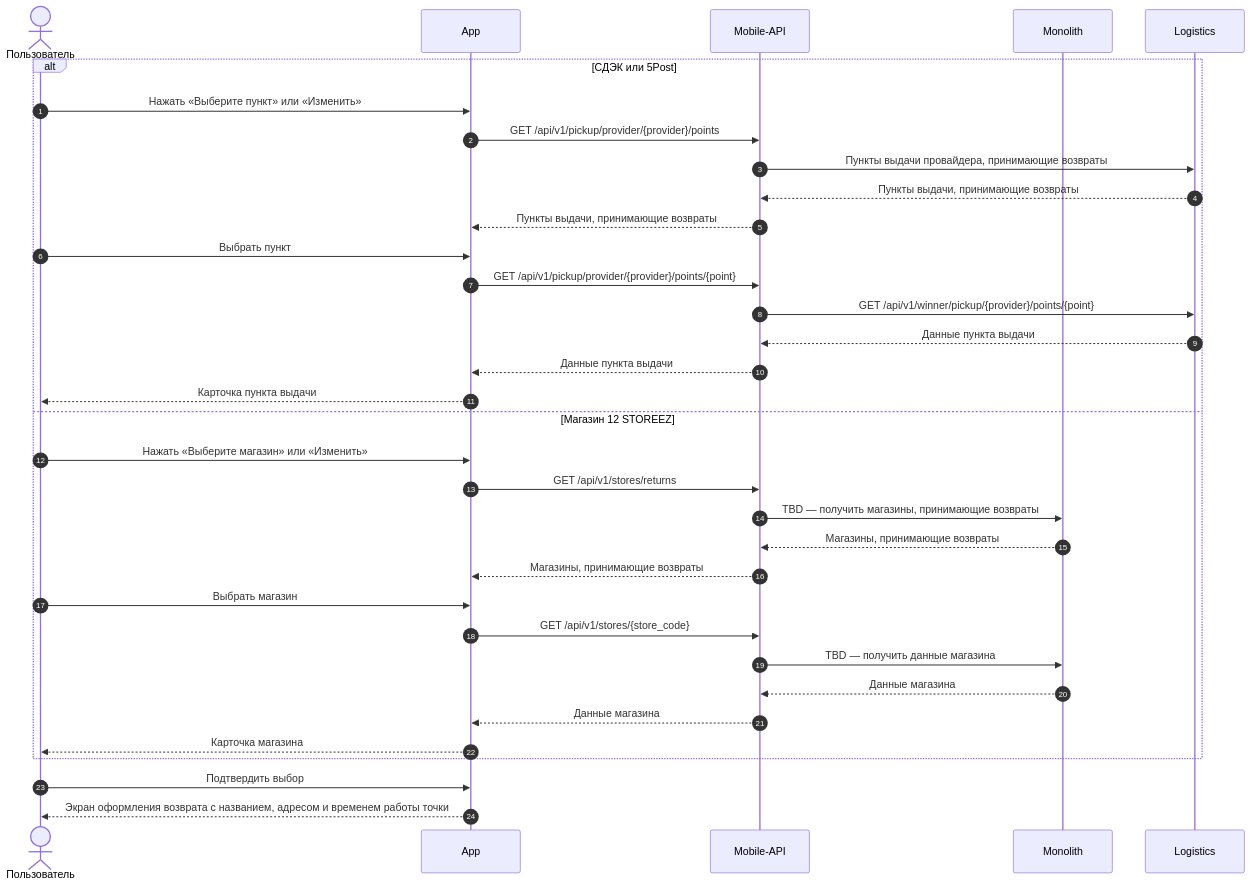
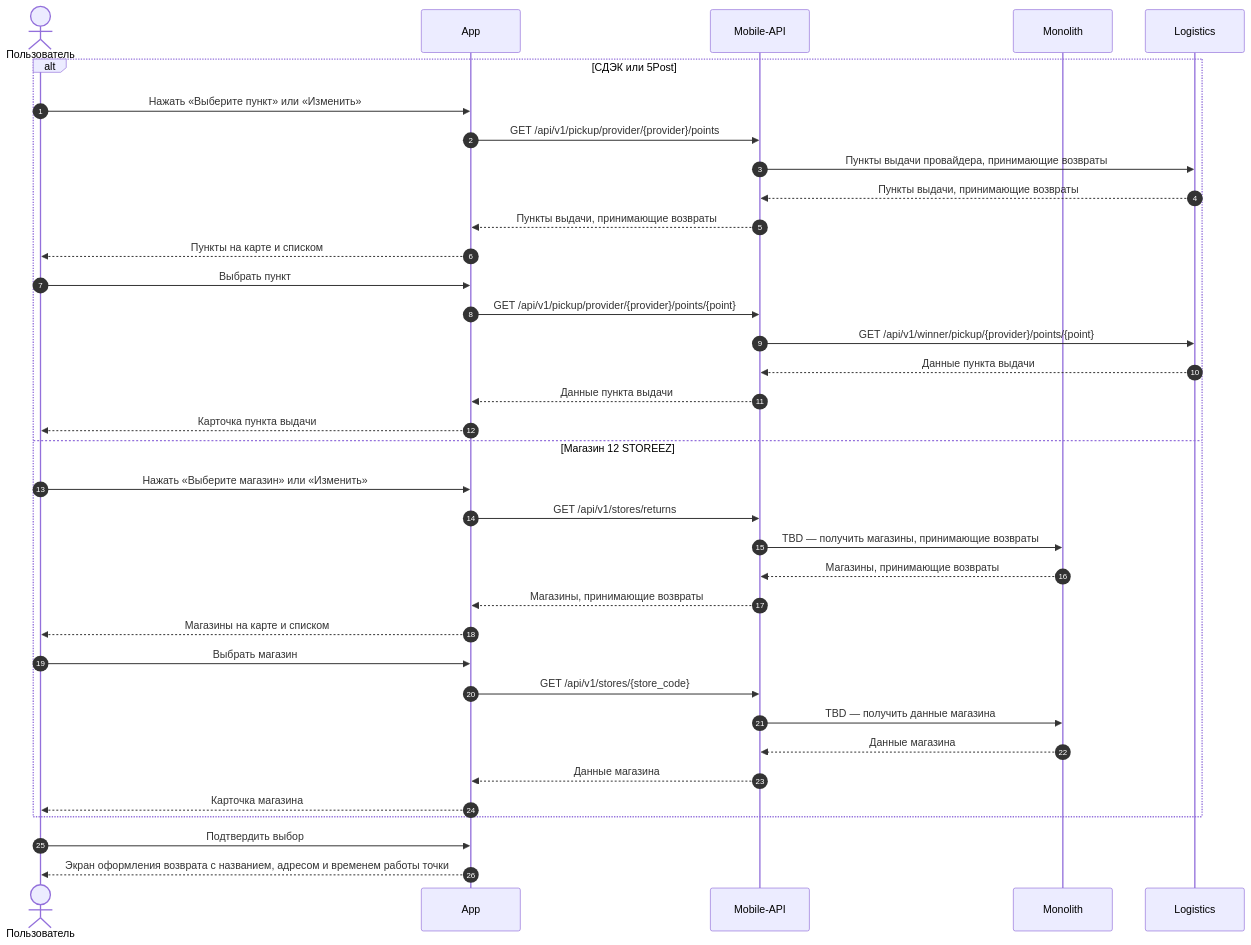
One commit to Terinss155/opencode-agents-analysis changed the eighth of 21 diagrams in projects/returns-2.0/requirements/srs/srs-mobile-mvp.md. Above: the diagram before and after it, drawn with Mermaid. The commit also changed other lines of this file and 6 other files, not shown here.

````diff
--- a/projects/returns-2.0/requirements/srs/srs-mobile-mvp.md
+++ b/projects/returns-2.0/requirements/srs/srs-mobile-mvp.md
@@ -634,37 +669,39 @@
 ```mermaid
 sequenceDiagram
     autonumber
     actor U as Пользователь
     participant APP as App
     participant API as Mobile-API
     participant MON as Monolith
     participant LOG as Logistics
 
     alt СДЭК или 5Post
         U->>APP: Нажать «Выберите пункт» или «Изменить»
         APP->>API: GET /api/v1/pickup/provider/{provider}/points
         API->>LOG: Пункты выдачи провайдера, принимающие возвраты
         LOG-->>API: Пункты выдачи, принимающие возвраты
         API-->>APP: Пункты выдачи, принимающие возвраты
+        APP-->>U: Пункты на карте и списком
         U->>APP: Выбрать пункт
         APP->>API: GET /api/v1/pickup/provider/{provider}/points/{point}
         API->>LOG: GET /api/v1/winner/pickup/{provider}/points/{point}
         LOG-->>API: Данные пункта выдачи
         API-->>APP: Данные пункта выдачи
         APP-->>U: Карточка пункта выдачи
     else Магазин 12 STOREEZ
         U->>APP: Нажать «Выберите магазин» или «Изменить»
         APP->>API: GET /api/v1/stores/returns
         API->>MON: TBD — получить магазины, принимающие возвраты
         MON-->>API: Магазины, принимающие возвраты
         API-->>APP: Магазины, принимающие возвраты
+        APP-->>U: Магазины на карте и списком
         U->>APP: Выбрать магазин
         APP->>API: GET /api/v1/stores/{store_code}
         API->>MON: TBD — получить данные магазина
         MON-->>API: Данные магазина
         API-->>APP: Данные магазина
         APP-->>U: Карточка магазина
     end
     U->>APP: Подтвердить выбор
     APP-->>U: Экран оформления возврата с названием, адресом и временем работы точки
 ```
````
